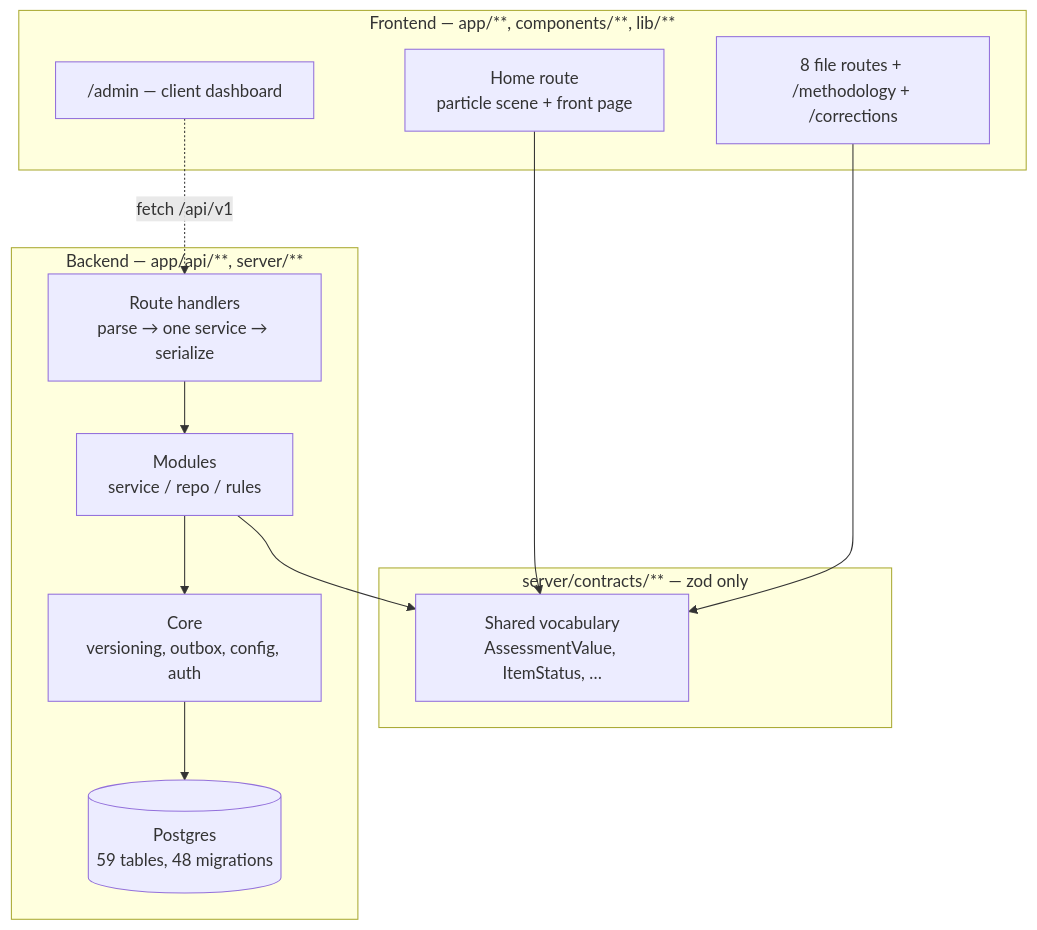
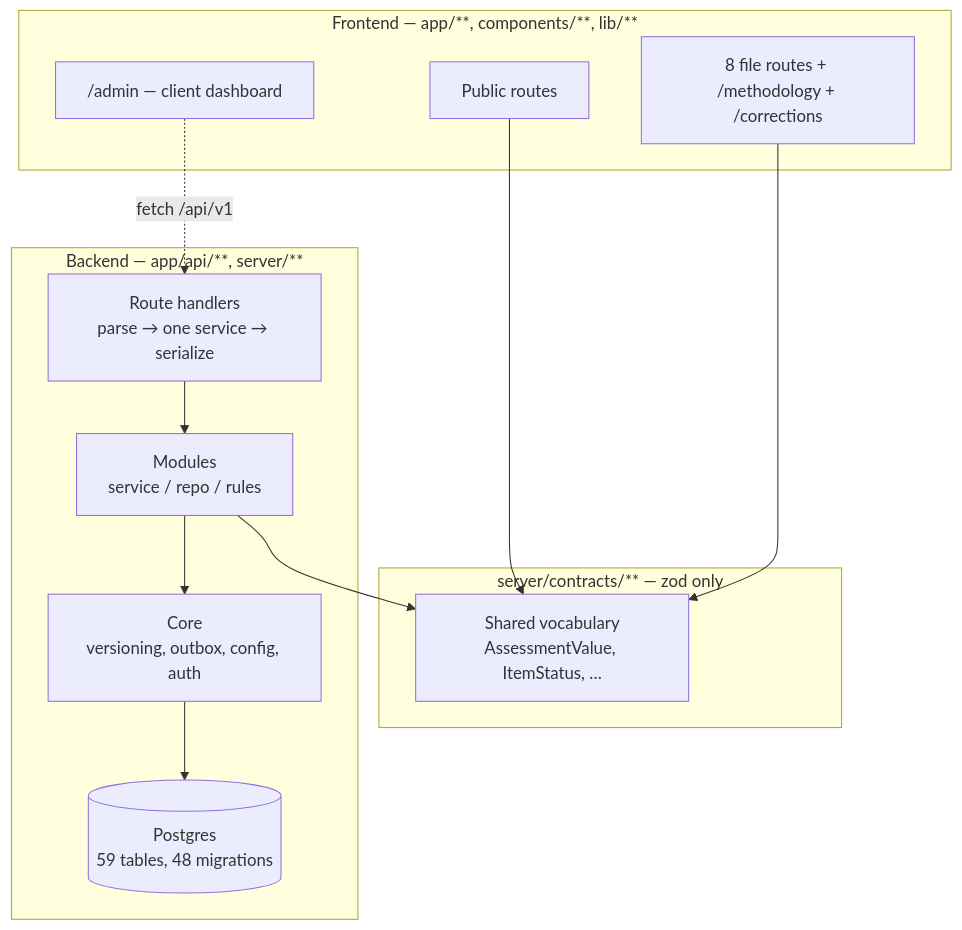
The first of 5 diagrams in docs/architecture.md (lions-admin/lions-of-zion), drawn with Mermaid before and after one commit. The commit also changed other lines of this file and 301 other files, not shown here.

````diff
--- a/docs/architecture.md
+++ b/docs/architecture.md
@@ -34,25 +32,25 @@
 ```mermaid
 flowchart TB
     subgraph FE["Frontend — app/**, components/**, lib/**"]
-        Home["Home route<br/>particle scene + front page"]
+        Home["Public routes"]
         Docs["8 file routes + /methodology + /corrections"]
         Admin["/admin — client dashboard"]
     end
 
     subgraph Contracts["server/contracts/** — zod only"]
         Vocab["Shared vocabulary<br/>AssessmentValue, ItemStatus, …"]
     end
 
     subgraph BE["Backend — app/api/**, server/**"]
         Routes["Route handlers<br/>parse → one service → serialize"]
         Modules["Modules<br/>service / repo / rules"]
         Core["Core<br/>versioning, outbox, config, auth"]
         DB[("Postgres<br/>59 tables, 48 migrations")]
     end
 
     Home --> Vocab
     Docs --> Vocab
     Modules --> Vocab
     Admin -.->|"fetch /api/v1"| Routes
     Routes --> Modules --> Core --> DB
 ```
````
